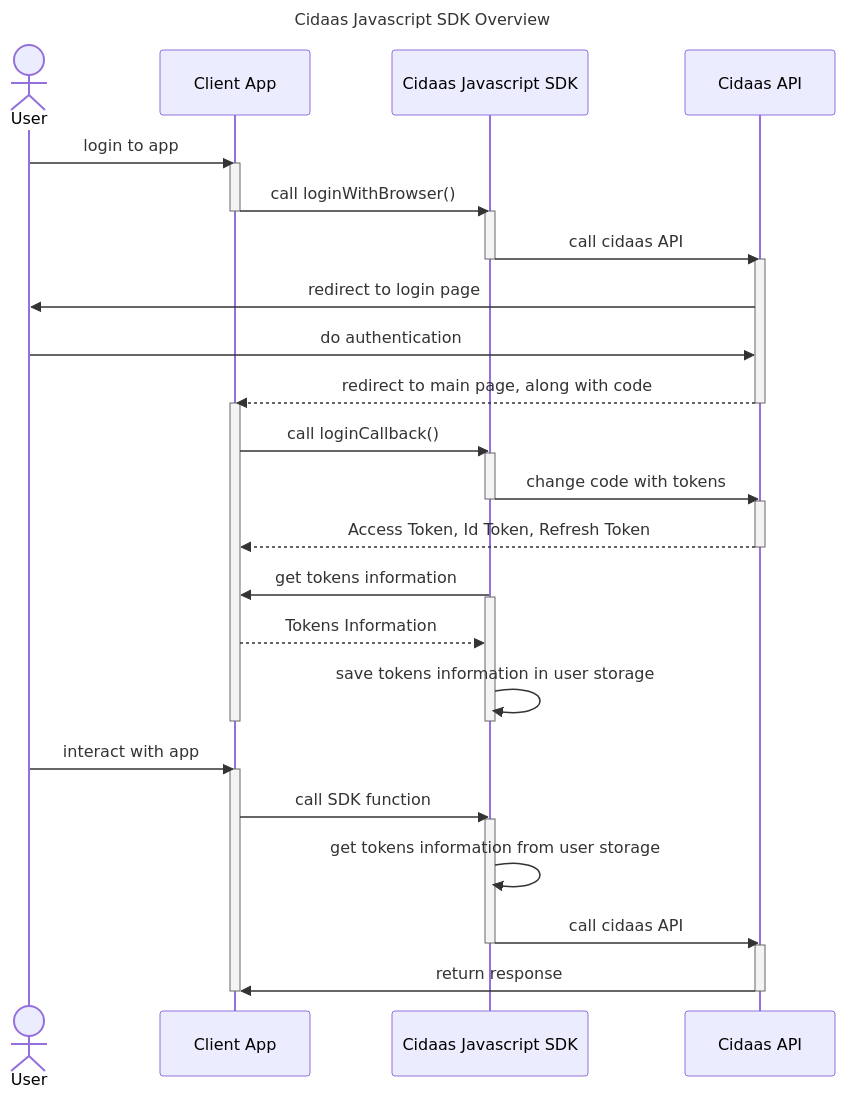
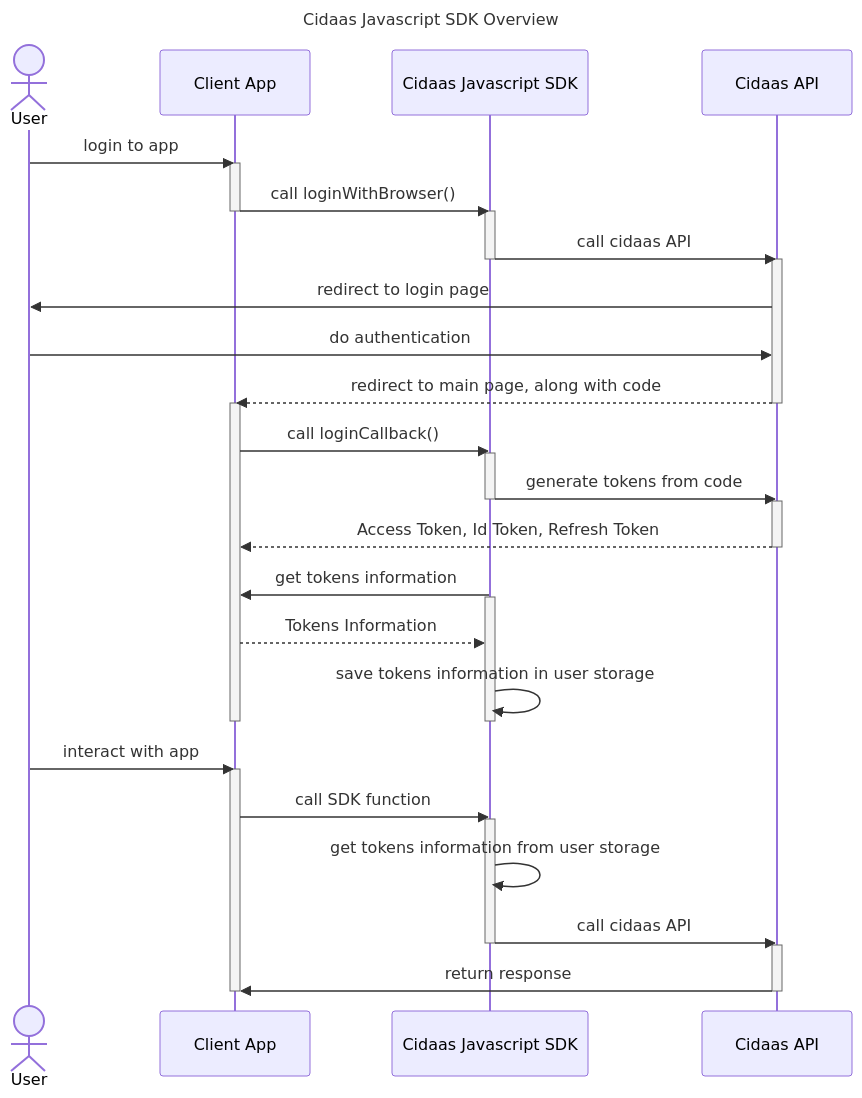
The first of 2 diagrams in overview.md (cidaas/cidaas-javascript-sdk), drawn with Mermaid before and after one commit. The commit also changed other lines of this file, not shown here.

````diff
--- a/overview.md
+++ b/overview.md
@@ -5,63 +5,63 @@
 ```mermaid
 ---
 title: Cidaas Javascript SDK Overview
 ---
 sequenceDiagram
   Actor User
   participant ClientApp as Client App
   participant CidaasSDK as Cidaas Javascript SDK
   participant CidaasAPI as Cidaas API
 
 User ->> ClientApp: login to app
 
 activate ClientApp
 ClientApp ->> CidaasSDK: call loginWithBrowser()
 deactivate ClientApp
 
 activate CidaasSDK
 CidaasSDK ->> CidaasAPI: call cidaas API
 deactivate CidaasSDK
 
 activate CidaasAPI
 CidaasAPI ->> User: redirect to login page
 User ->> CidaasAPI: do authentication
 CidaasAPI -->> ClientApp: redirect to main page, along with code
 deactivate CidaasAPI
 
 activate ClientApp
 ClientApp ->> CidaasSDK: call loginCallback()
 
 activate CidaasSDK
-CidaasSDK ->> CidaasAPI: change code with tokens
+CidaasSDK ->> CidaasAPI: generate tokens from code
 deactivate CidaasSDK
 
 activate CidaasAPI
 CidaasAPI -->> ClientApp: Access Token, Id Token, Refresh Token
 deactivate CidaasAPI
 
 CidaasSDK ->> ClientApp: get tokens information
 
 activate CidaasSDK
 ClientApp -->> CidaasSDK: Tokens Information
 CidaasSDK ->> CidaasSDK: save tokens information in user storage
 deactivate CidaasSDK
 
 deactivate ClientApp
 
 
 User ->> ClientApp: interact with app
 
 activate ClientApp
 ClientApp ->> CidaasSDK: call SDK function
 
 activate CidaasSDK
 CidaasSDK ->> CidaasSDK: get tokens information from user storage
 CidaasSDK ->> CidaasAPI: call cidaas API
 deactivate CidaasSDK
 
 activate CidaasAPI
 CidaasAPI ->> ClientApp: return response
 deactivate CidaasAPI
 
 deactivate ClientApp
 ```
````
